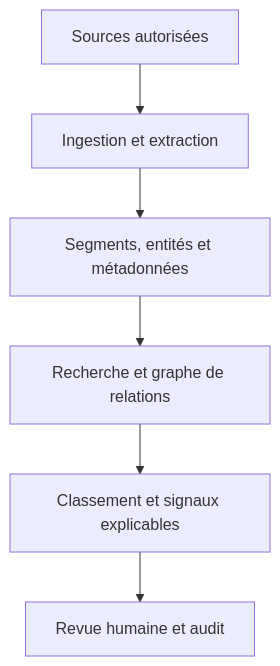
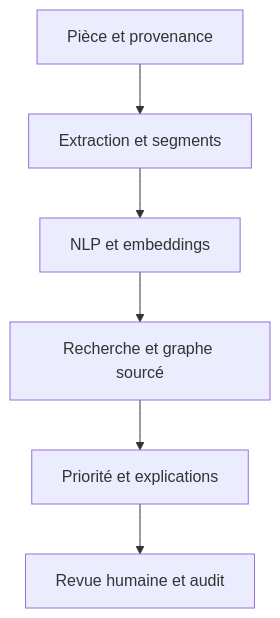
One commit to Matt95354855/Harness changed the diagram in README.md. Above: the diagram before and after it, drawn with Mermaid. The commit also changed other lines of this file, not shown here.

````diff
--- a/README.md
+++ b/README.md
@@ -45,8 +75,8 @@
 ```mermaid
 flowchart TD
-    A["Sources autorisées"] --> B["Ingestion et extraction"]
-    B --> C["Segments, entités et métadonnées"]
-    C --> D["Recherche et graphe de relations"]
-    D --> E["Classement et signaux explicables"]
+    A["Pièce et provenance"] --> B["Extraction et segments"]
+    B --> C["NLP et embeddings"]
+    C --> D["Recherche et graphe sourcé"]
+    D --> E["Priorité et explications"]
     E --> F["Revue humaine et audit"]
 ```
````
